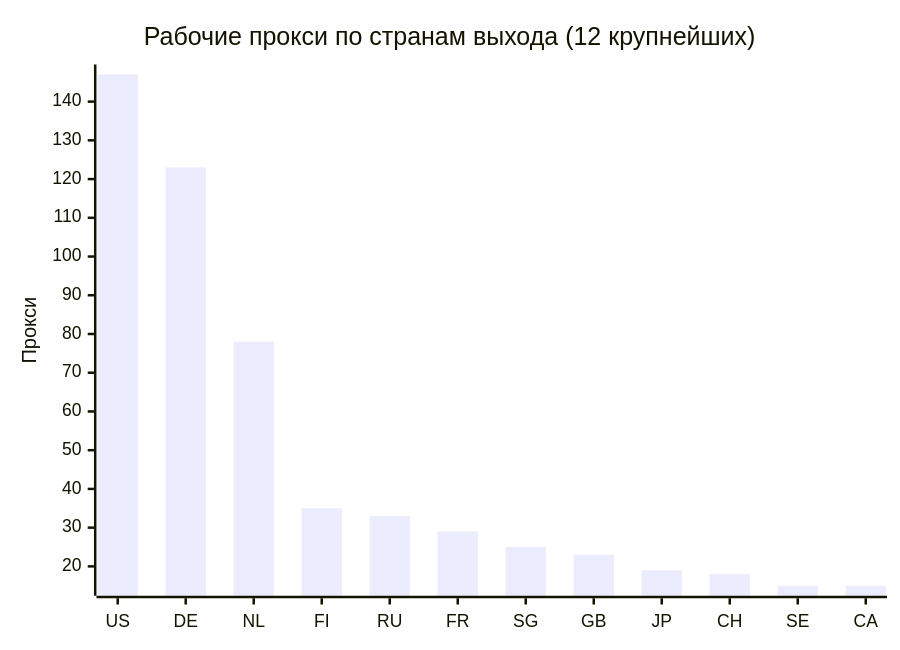
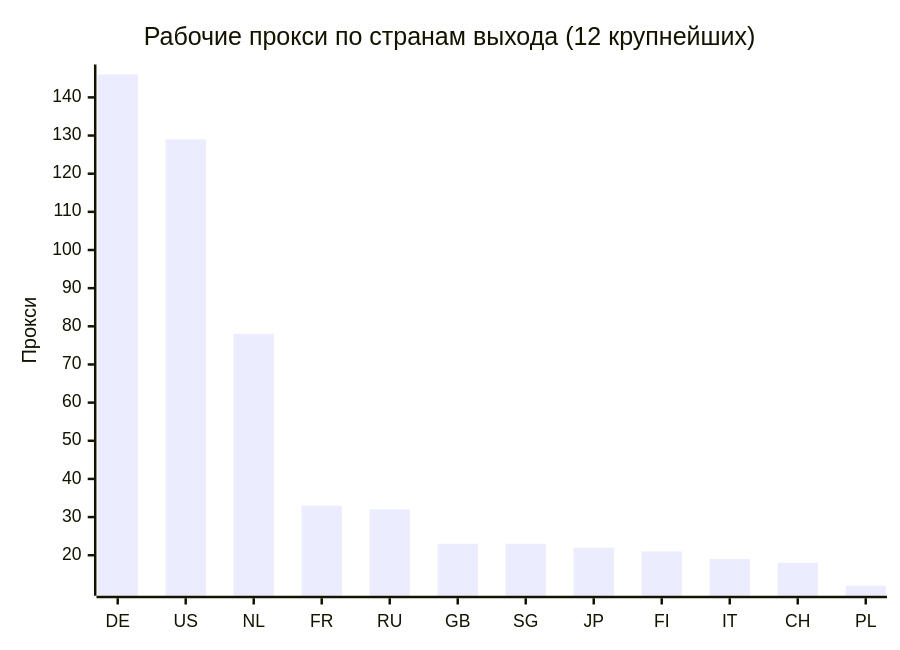
Before and after one commit to rvvg/proxy-subs: the second of 4 diagrams in README.md, drawn with Mermaid. The commit also changed other lines of this file and 48 other files, not shown here.

````diff
--- a/README.md
+++ b/README.md
@@ -128,7 +127,7 @@
 ```mermaid
 xychart-beta
     title "Рабочие прокси по странам выхода (12 крупнейших)"
-    x-axis ["US", "DE", "NL", "FI", "RU", "FR", "SG", "GB", "JP", "CH", "SE", "CA"]
+    x-axis ["DE", "US", "NL", "FR", "RU", "GB", "SG", "JP", "FI", "IT", "CH", "PL"]
     y-axis "Прокси"
-    bar [147, 123, 78, 35, 33, 29, 25, 23, 19, 18, 15, 15]
+    bar [146, 129, 78, 33, 32, 23, 23, 22, 21, 19, 18, 12]
 ```
````
